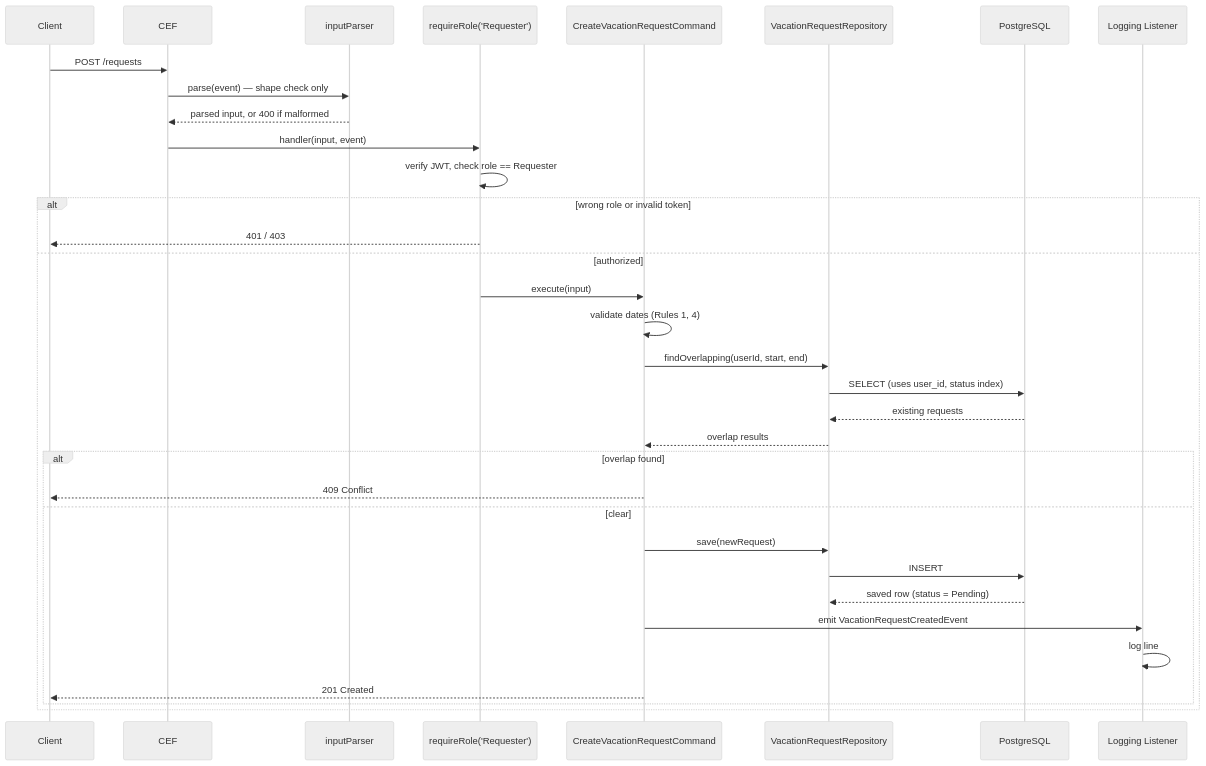
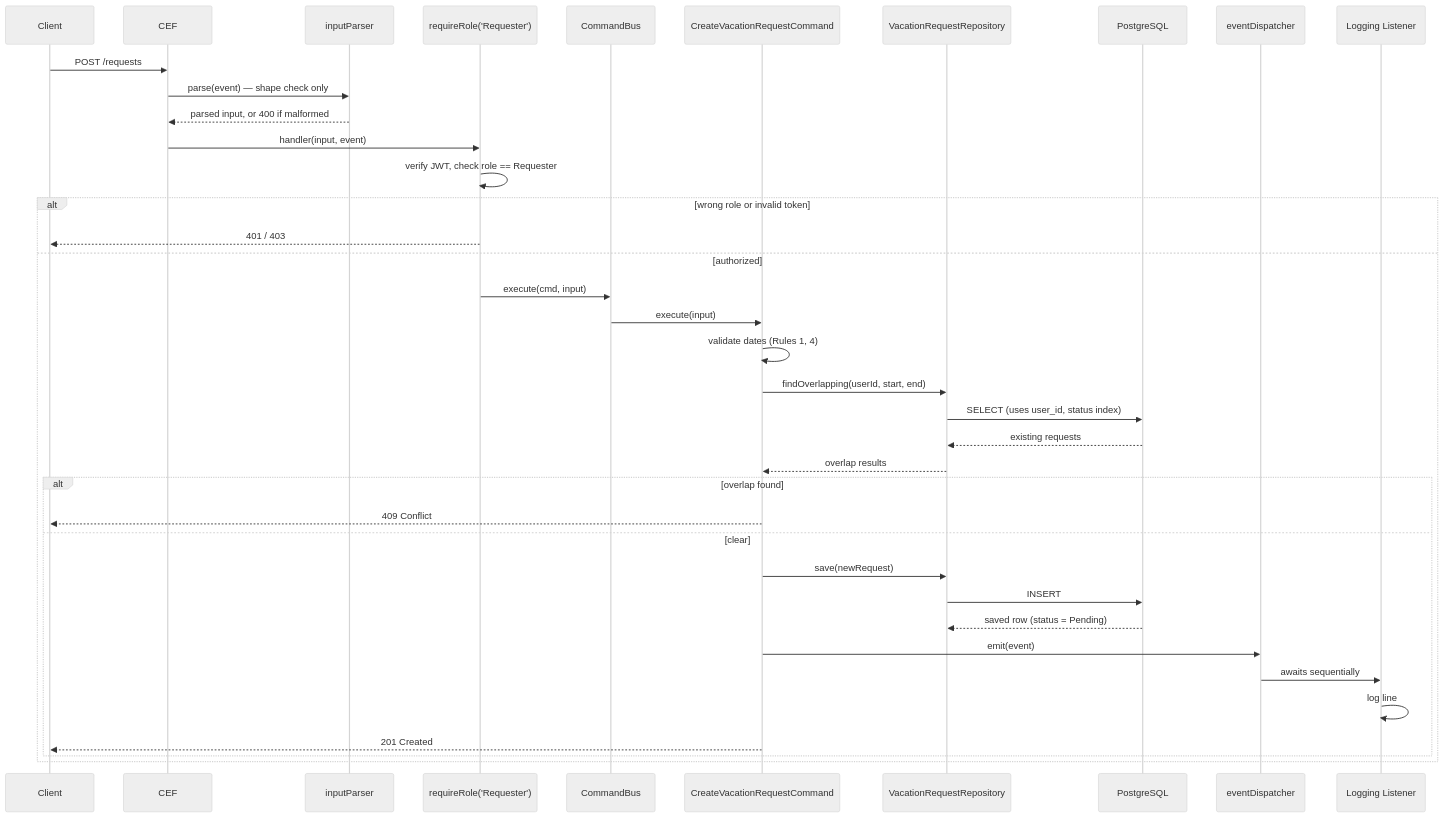
Before and after one commit to FransheskaBER/travelfactory-vacation-management: the second of 5 diagrams in docs/tdd.md, drawn with Mermaid (neutral theme). The commit also changed other lines of this file and 3 other files, not shown here.

Commit message:
docs(spec): 4.3 command bus + event dispatcher — approved spec (9 Q&As), lockstep TDD §1/§3 update (bus hop, Command interface, single-input signatures), D14 thin-executor row, record-reconciliation taxonomy in _template, checklist 4.5 listener-log obligation

````diff
--- a/docs/tdd.md
+++ b/docs/tdd.md
@@ -38,37 +38,41 @@
 ```mermaid
 sequenceDiagram
     participant Client
     participant CEF
     participant Parser as inputParser
     participant Auth as requireRole('Requester')
+    participant Bus as CommandBus
     participant Cmd as CreateVacationRequestCommand
     participant Repo as VacationRequestRepository
     participant DB as PostgreSQL
+    participant Disp as eventDispatcher
     participant Listener as Logging Listener
 
     Client->>CEF: POST /requests
     CEF->>Parser: parse(event) — shape check only
     Parser-->>CEF: parsed input, or 400 if malformed
     CEF->>Auth: handler(input, event)
     Auth->>Auth: verify JWT, check role == Requester
     alt wrong role or invalid token
         Auth-->>Client: 401 / 403
     else authorized
-        Auth->>Cmd: execute(input)
+        Auth->>Bus: execute(cmd, input)
+        Bus->>Cmd: execute(input)
         Cmd->>Cmd: validate dates (Rules 1, 4)
         Cmd->>Repo: findOverlapping(userId, start, end)
         Repo->>DB: SELECT (uses user_id, status index)
         DB-->>Repo: existing requests
         Repo-->>Cmd: overlap results
         alt overlap found
             Cmd-->>Client: 409 Conflict
         else clear
             Cmd->>Repo: save(newRequest)
             Repo->>DB: INSERT
             DB-->>Repo: saved row (status = Pending)
-            Cmd->>Listener: emit VacationRequestCreatedEvent
+            Cmd->>Disp: emit(event)
+            Disp->>Listener: awaits sequentially
             Listener->>Listener: log line
             Cmd-->>Client: 201 Created
         end
     end
 ```
````
